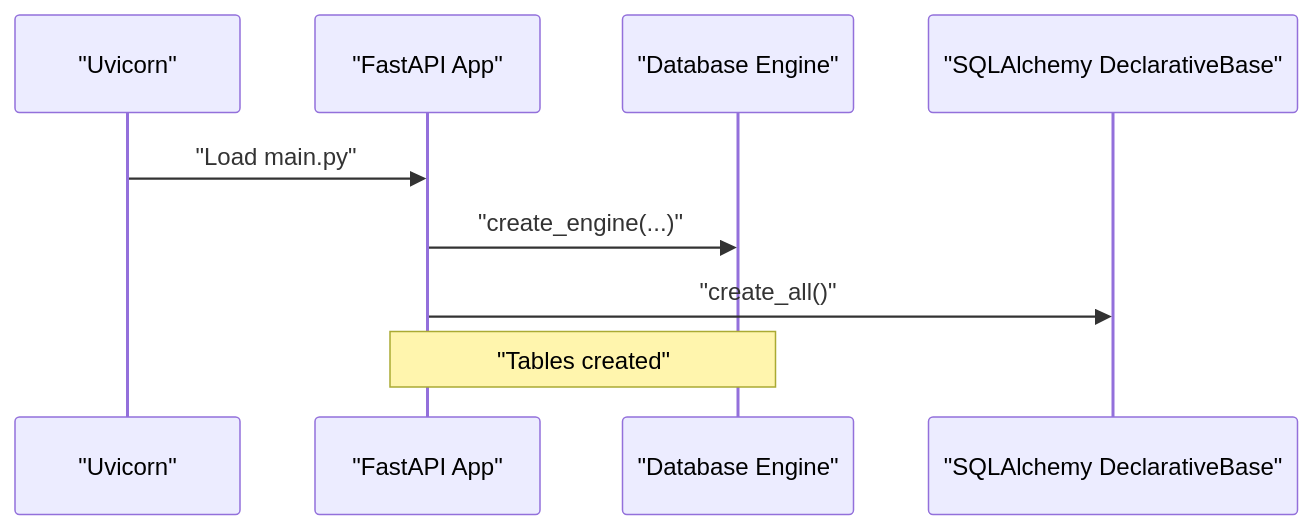
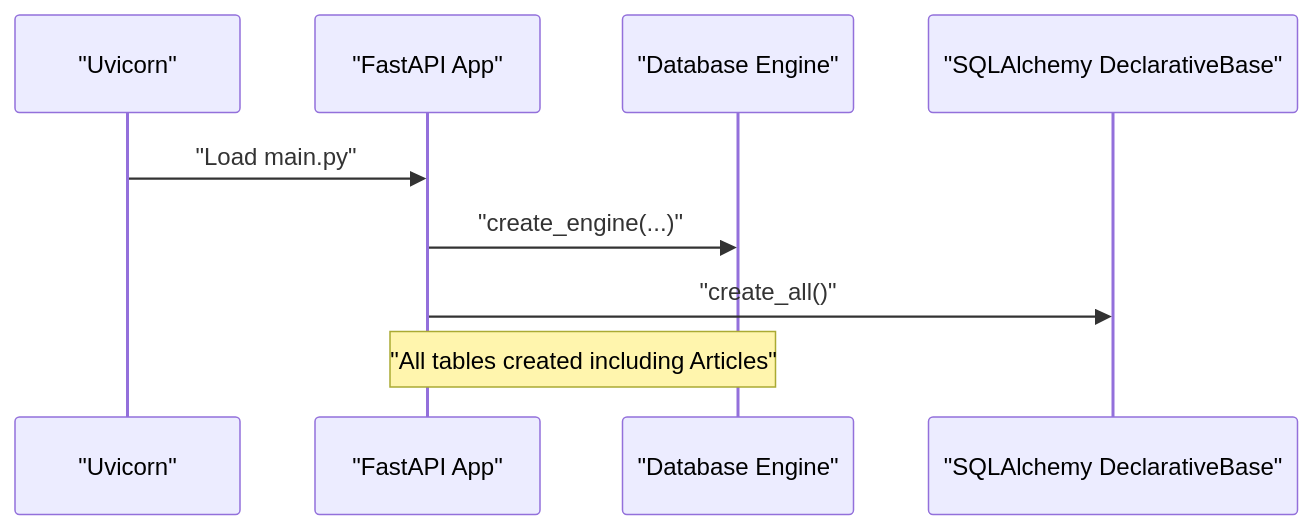
The seventh of 10 diagrams in .qoder/repowiki/en/content/Backend Architecture/Database Layer/Database Layer.md (ishwarambare/ishwarambare-app), drawn with Mermaid before and after one commit. The commit also changed other lines of this file and 10 other files, not shown here.

````diff
--- a/.qoder/repowiki/en/content/Backend Architecture/Database Layer/Database Layer.md
+++ b/.qoder/repowiki/en/content/Backend Architecture/Database Layer/Database Layer.md
@@ -244,11 +307,11 @@
 ```mermaid
 sequenceDiagram
 participant Uvicorn as "Uvicorn"
 participant App as "FastAPI App"
 participant DB as "Database Engine"
 participant Base as "SQLAlchemy DeclarativeBase"
 Uvicorn->>App : "Load main.py"
 App->>DB : "create_engine(...)"
 App->>Base : "create_all()"
-Note over App,DB : "Tables created"
+Note over App,DB : "All tables created including Articles"
 ```
````
